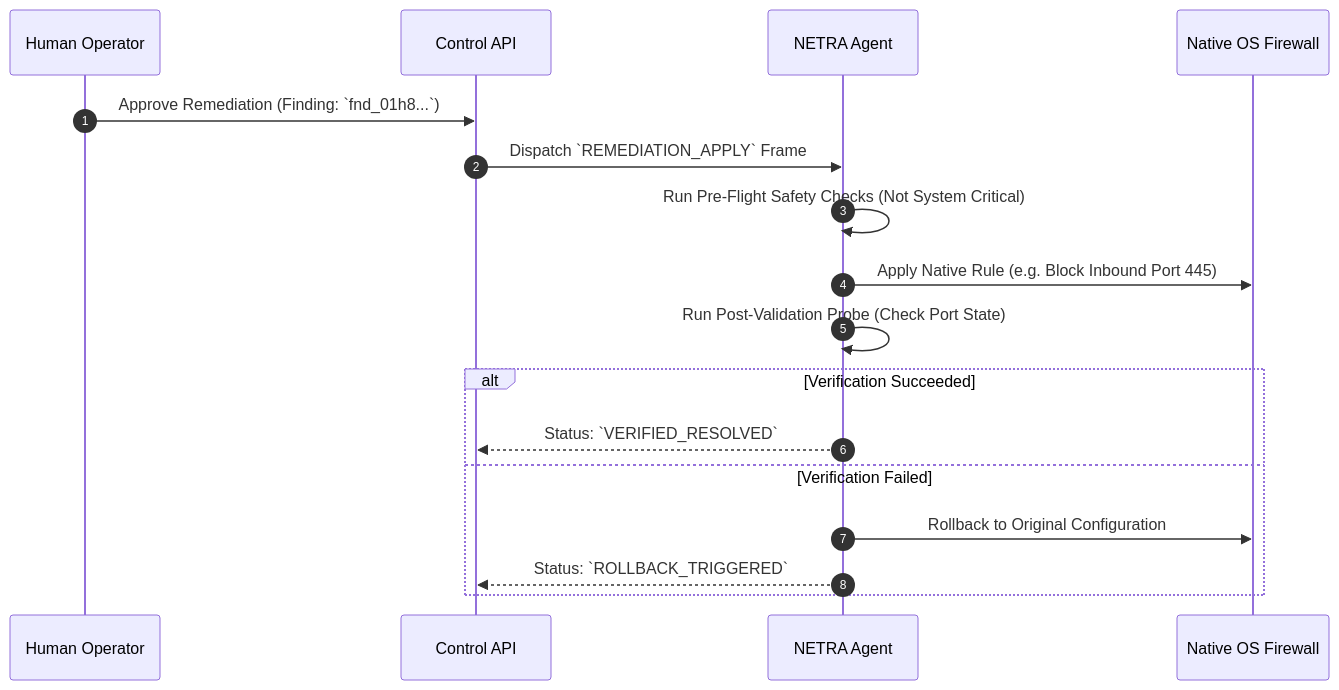
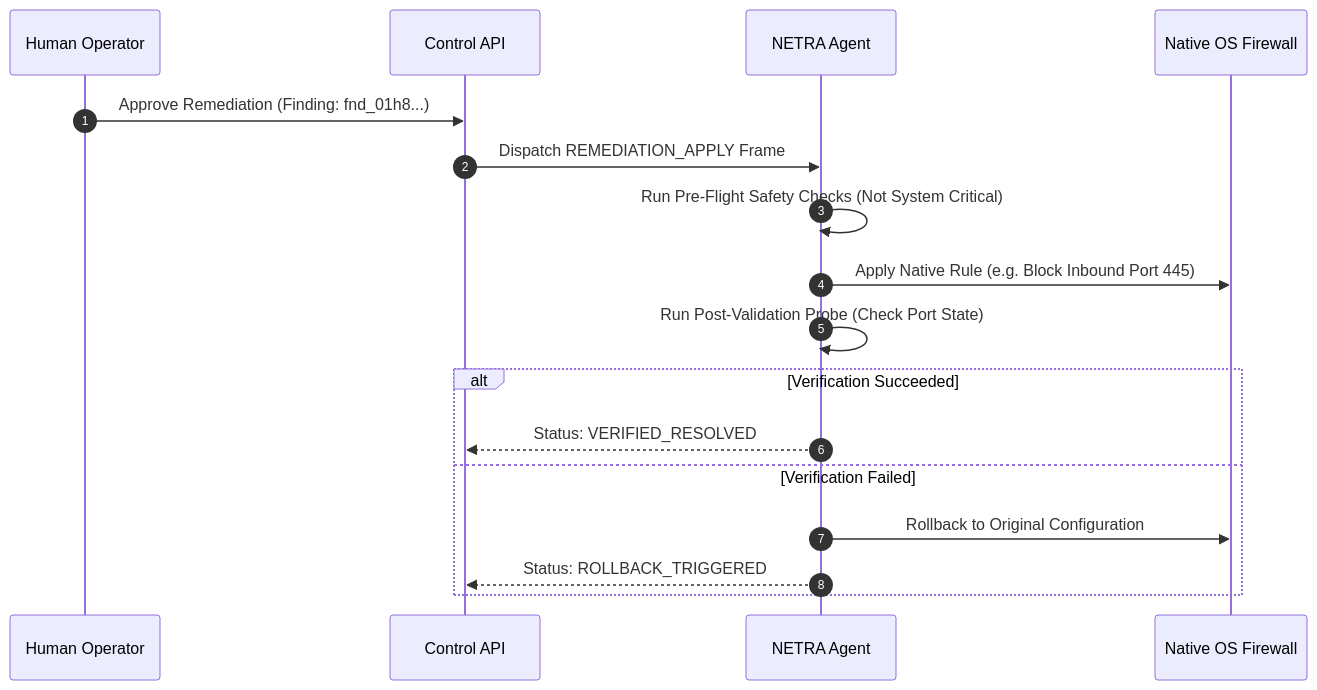
One commit to Subhadip-Paul2006/NETRA-Backend changed the third of 3 diagrams in docs/SECURITY_CHECK.md. Above: the diagram before and after it, drawn with Mermaid. The commit also changed other lines of this file and 14 other files, not shown here.

Commit message:
fix(docs): resolve GitHub Mermaid diagram lexical errors and KaTeX math formatting across all specifications

````diff
--- a/docs/SECURITY_CHECK.md
+++ b/docs/SECURITY_CHECK.md
@@ -111,20 +111,20 @@
 ```mermaid
 sequenceDiagram
     autonumber
     participant Op as Human Operator
     participant API as Control API
     participant Agent as NETRA Agent
     participant OS as Native OS Firewall
 
-    Op->>API: Approve Remediation (Finding: `fnd_01h8...`)
-    API->>Agent: Dispatch `REMEDIATION_APPLY` Frame
+    Op->>API: Approve Remediation (Finding: fnd_01h8...)
+    API->>Agent: Dispatch REMEDIATION_APPLY Frame
     Agent->>Agent: Run Pre-Flight Safety Checks (Not System Critical)
     Agent->>OS: Apply Native Rule (e.g. Block Inbound Port 445)
     Agent->>Agent: Run Post-Validation Probe (Check Port State)
     alt Verification Succeeded
-        Agent-->>API: Status: `VERIFIED_RESOLVED`
+        Agent-->>API: Status: VERIFIED_RESOLVED
     else Verification Failed
         Agent->>OS: Rollback to Original Configuration
-        Agent-->>API: Status: `ROLLBACK_TRIGGERED`
+        Agent-->>API: Status: ROLLBACK_TRIGGERED
     end
 ```
````
